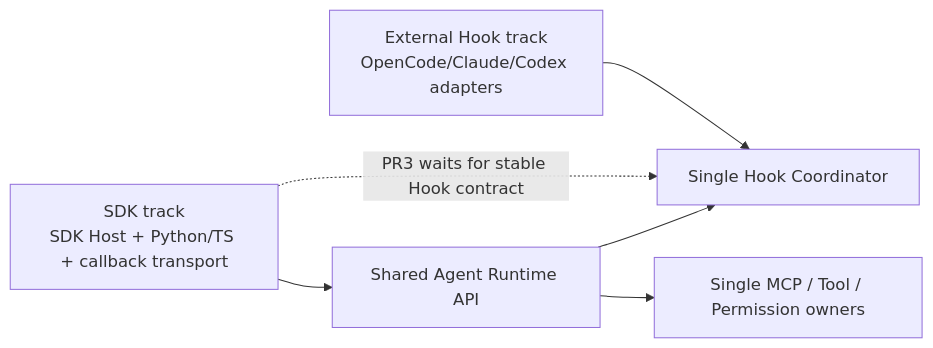
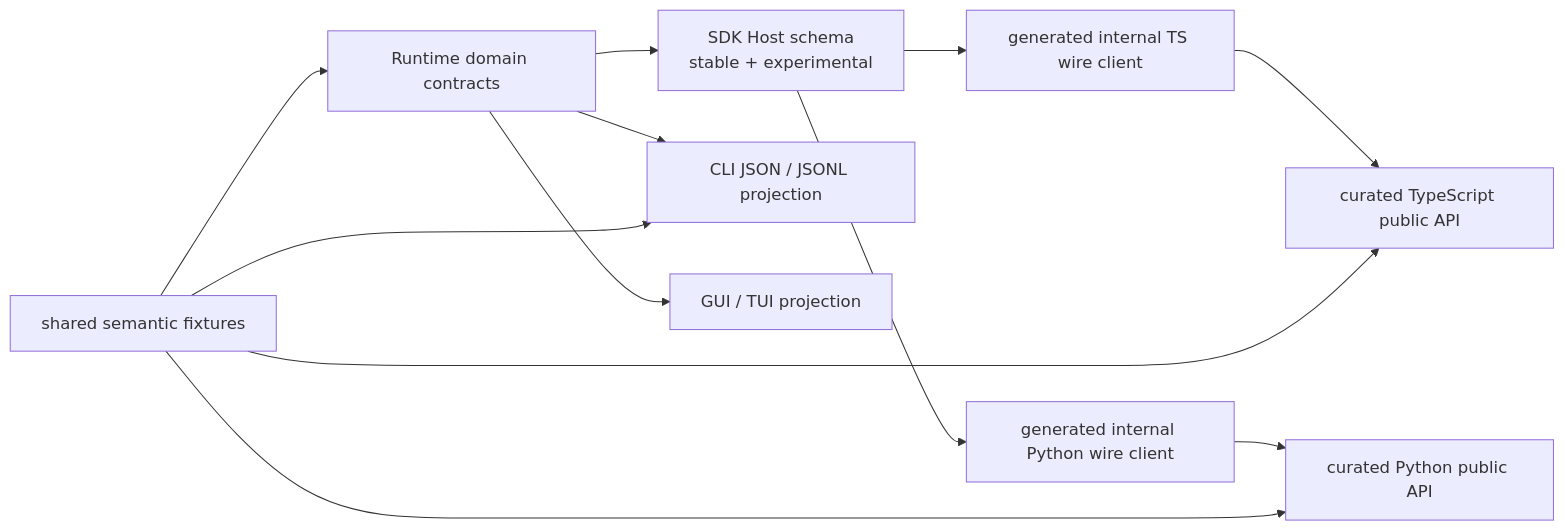
Before and after one commit to 1688mengdie/BitFun: the ninth of 11 diagrams in docs/architecture/agent-sdk-product-architecture.md, drawn with Mermaid. The commit also changed other lines of this file and 4 other files, not shown here.

First line of the commit message:
docs(architecture): clarify agent SDK product boundaries

````diff
--- a/docs/architecture/agent-sdk-product-architecture.md
+++ b/docs/architecture/agent-sdk-product-architecture.md
@@ -584,14 +485,15 @@
 ```mermaid
 flowchart LR
-  SDKTrack["SDK track\nSDK Host + Python/TS + callback transport"]
-  HookTrack["External Hook track\nOpenCode/Claude/Codex adapters"]
-  RuntimeApi["Shared Agent Runtime API"]
-  HookOwner["Single Hook Coordinator"]
-  ToolOwner["Single MCP / Tool / Permission owners"]
+  Runtime["Runtime domain contracts"] --> HostSchema["SDK Host schema\nstable + experimental"]
+  HostSchema --> TSClient["generated internal TS wire client"]
+  HostSchema --> PyClient["generated internal Python wire client"]
+  TSClient --> TSApi["curated TypeScript public API"]
+  PyClient --> PyApi["curated Python public API"]
+  Runtime --> CLIProjection["CLI JSON / JSONL projection"]
+  Runtime --> UIProjection["GUI / TUI projection"]
 
-  SDKTrack --> RuntimeApi
-  HookTrack --> HookOwner
-  SDKTrack -. "PR3 waits for stable Hook contract" .-> HookOwner
-  RuntimeApi --> HookOwner
-  RuntimeApi --> ToolOwner
+  Fixtures["shared semantic fixtures"] --> Runtime
+  Fixtures --> TSApi
+  Fixtures --> PyApi
+  Fixtures --> CLIProjection
 ```
````
